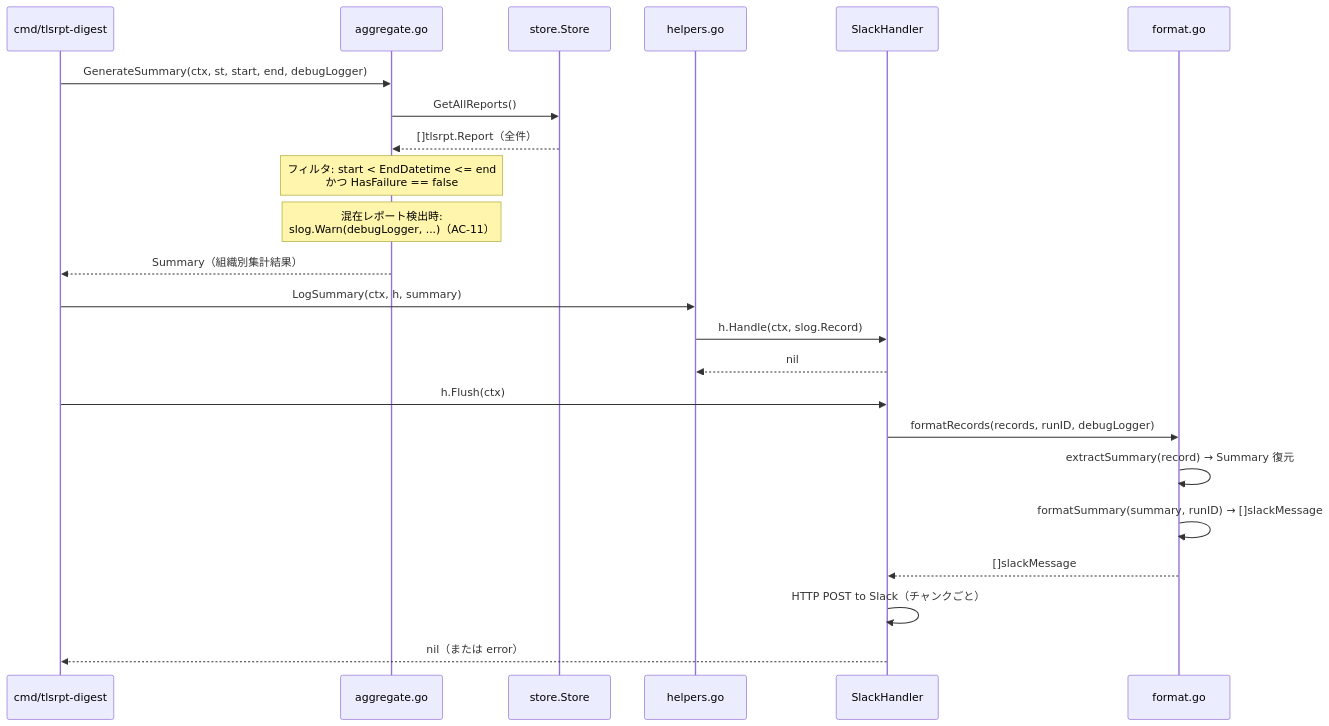
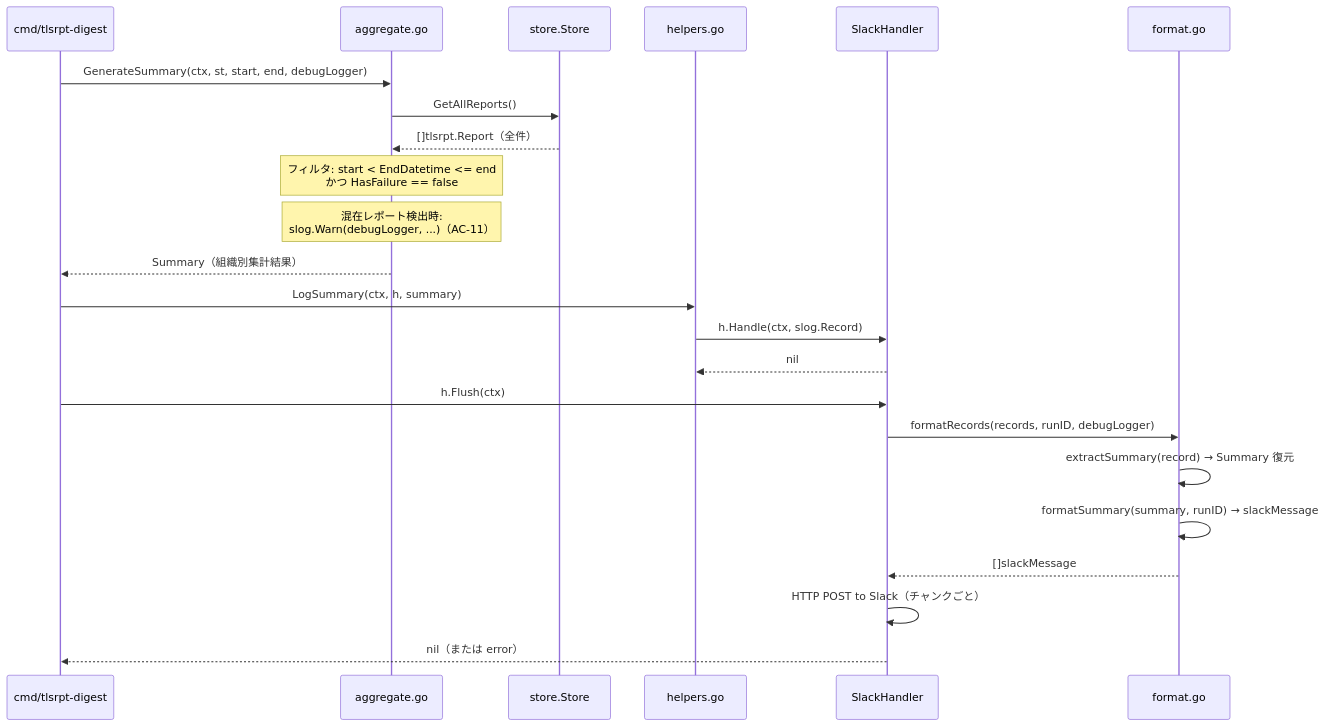
Before and after one commit to isseis/tlsrpt-digest: the fourth of 7 diagrams in docs/tasks/0050_weekly_summary/02_architecture.md, drawn with Mermaid. The commit also changed other lines of this file, not shown here.

First line of the commit message:
docs(weekly-summary): fix architecture diagram and sequence diagram inaccuracies

````diff
--- a/docs/tasks/0050_weekly_summary/02_architecture.md
+++ b/docs/tasks/0050_weekly_summary/02_architecture.md
@@ -150,28 +150,28 @@
 ```mermaid
 sequenceDiagram
     participant CMD as cmd/tlsrpt-digest
     participant AGG as aggregate.go
     participant ST as store.Store
     participant HLP as helpers.go
     participant HDL as SlackHandler
     participant FMT as format.go
 
     CMD->>AGG: GenerateSummary(ctx, st, start, end, debugLogger)
     AGG->>ST: GetAllReports()
     ST-->>AGG: []tlsrpt.Report（全件）
     note over AGG: フィルタ: start < EndDatetime <= end<br>かつ HasFailure == false
     note over AGG: 混在レポート検出時:<br>slog.Warn(debugLogger, ...)（AC-11）
     AGG-->>CMD: Summary（組織別集計結果）
 
     CMD->>HLP: LogSummary(ctx, h, summary)
     HLP->>HDL: h.Handle(ctx, slog.Record)
     HDL-->>HLP: nil
 
     CMD->>HDL: h.Flush(ctx)
     HDL->>FMT: formatRecords(records, runID, debugLogger)
     FMT->>FMT: extractSummary(record) → Summary 復元
-    FMT->>FMT: formatSummary(summary, runID) → []slackMessage
+    FMT->>FMT: formatSummary(summary, runID) → slackMessage
     FMT-->>HDL: []slackMessage
     HDL->>HDL: HTTP POST to Slack（チャンクごと）
     HDL-->>CMD: nil（または error）
 ```
````
